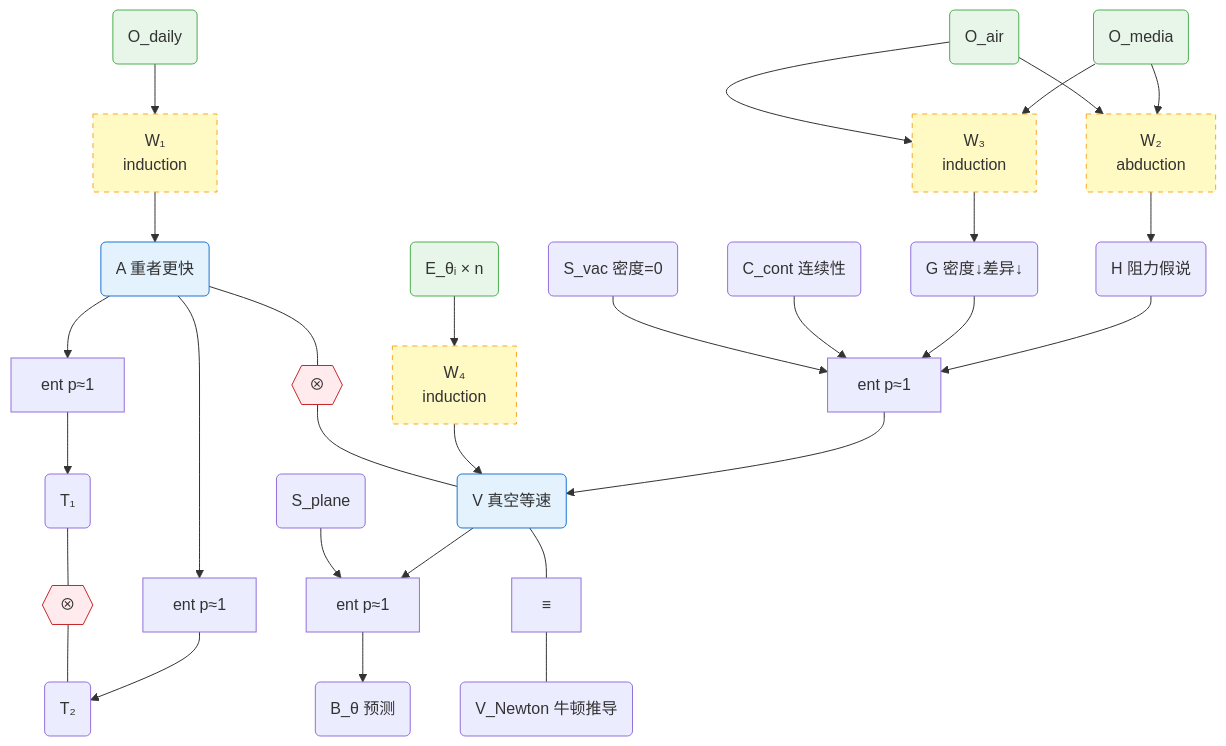
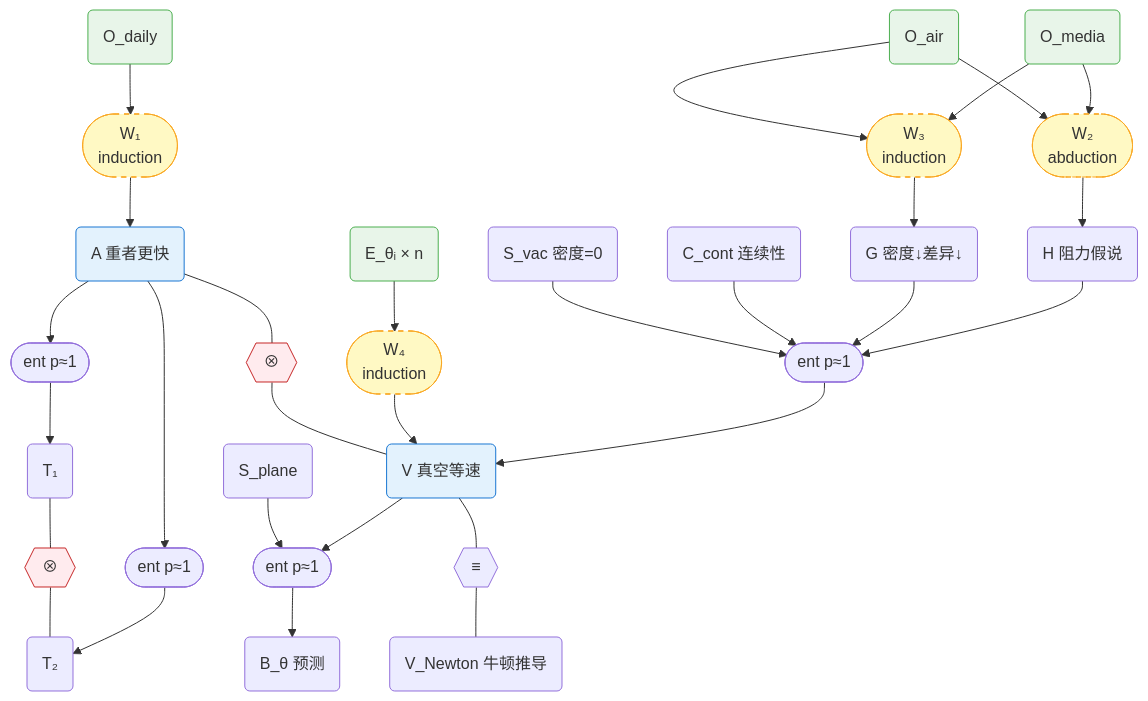
One commit to SiliconEinstein/Gaia changed the tenth of 10 diagrams in docs/foundations/theory/science-formalization.md. Above: the diagram before and after it, drawn with Mermaid. The commit also changed other lines of this file, not shown here.

First line of the commit message:
docs: unify Mermaid shape conventions — stadium factors, hexagon bindings

````diff
--- a/docs/foundations/theory/science-formalization.md
+++ b/docs/foundations/theory/science-formalization.md
@@ -372,34 +372,34 @@
 ```mermaid
 graph TD
     %% ===== Logic path (refute A) =====
-    Odaily("O_daily"):::obs --> w1["W₁<br/>induction"]:::weak --> A("A 重者更快"):::concl
-    A --> fA1["ent p≈1"] --> T1("T₁")
-    A --> fA2["ent p≈1"] --> T2("T₂")
+    Odaily("O_daily"):::obs --> w1(["W₁<br/>induction"]):::weak --> A("A 重者更快"):::concl
+    A --> fA1(["ent p≈1"]) --> T1("T₁")
+    A --> fA2(["ent p≈1"]) --> T2("T₂")
     T1 --- c1{{"⊗"}}:::contra --- T2
 
     %% ===== Observation path =====
-    Omedia("O_media"):::obs --> w2["W₂<br/>abduction"]:::weak --> H("H 阻力假说")
+    Omedia("O_media"):::obs --> w2(["W₂<br/>abduction"]):::weak --> H("H 阻力假说")
     Oair("O_air"):::obs --> w2
-    Omedia --> w3["W₃<br/>induction"]:::weak --> G("G 密度↓差异↓")
+    Omedia --> w3(["W₃<br/>induction"]):::weak --> G("G 密度↓差异↓")
     Oair --> w3
-    H --> f1["ent p≈1"]
+    H --> f1(["ent p≈1"])
     G --> f1
     Ccont("C_cont 连续性") --> f1
     Svac("S_vac 密度=0") --> f1
     f1 --> V("V 真空等速"):::concl
 
     %% ===== Experiment path =====
-    V --> f2["ent p≈1"]
+    V --> f2(["ent p≈1"])
     Sp("S_plane") --> f2
     f2 --> Btheta("B_θ 预测")
-    Etheta("E_θᵢ × n"):::obs --> w4["W₄<br/>induction"]:::weak --> V
+    Etheta("E_θᵢ × n"):::obs --> w4(["W₄<br/>induction"]):::weak --> V
 
     %% ===== Constraints =====
     A --- c2{{"⊗"}}:::contra --- V
-    V --- veq["≡"] --- VN("V_Newton 牛顿推导")
+    V --- veq{{"≡"}} --- VN("V_Newton 牛顿推导")
 
     classDef obs fill:#e8f5e9,stroke:#4caf50
     classDef concl fill:#e3f2fd,stroke:#1976d2
     classDef contra fill:#ffebee,stroke:#c62828
     classDef weak fill:#fff9c4,stroke:#f9a825,stroke-dasharray: 5 5
 ```
````
